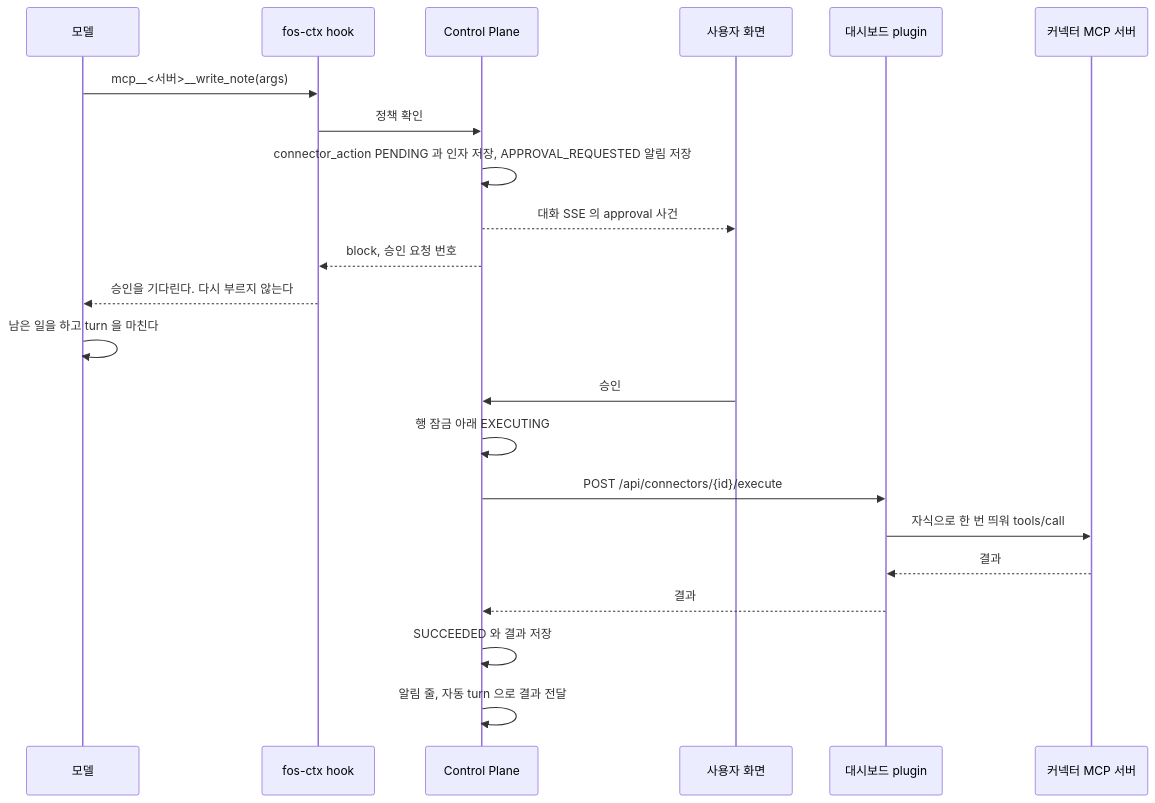
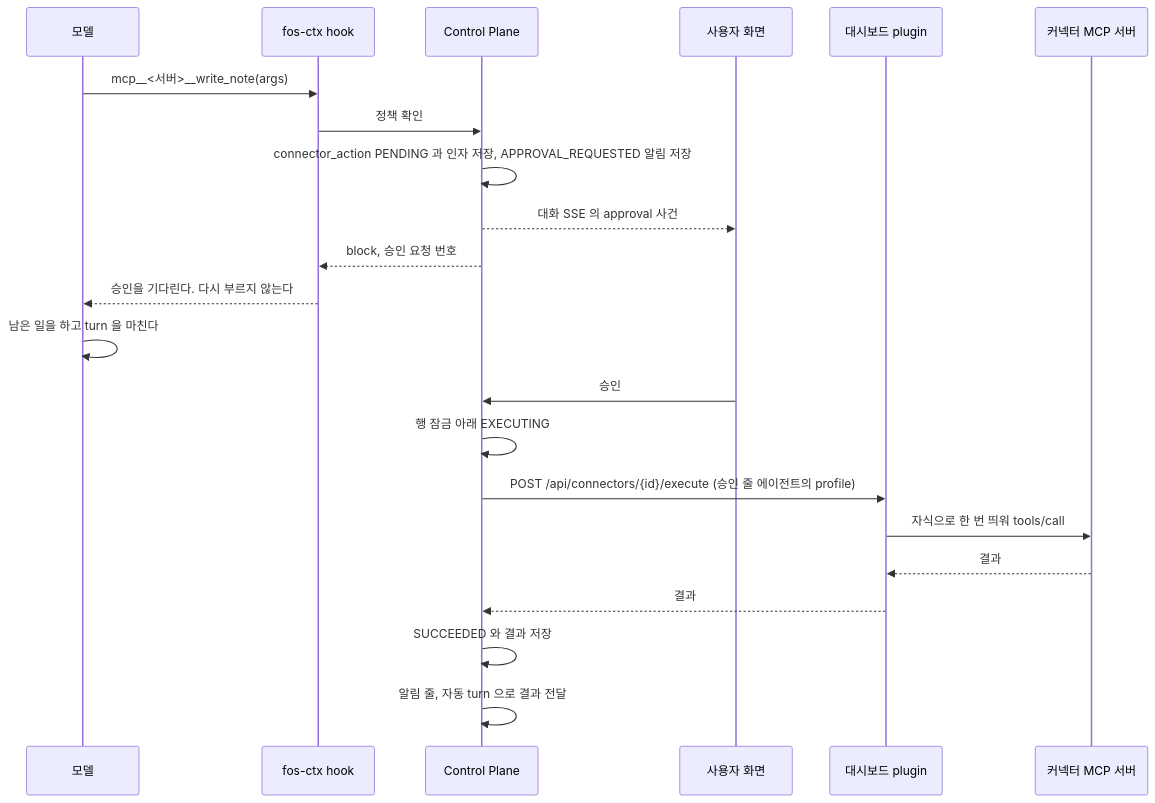
One commit to jon890/fos-assistant changed the second of 2 diagrams in docs/backend/connector-tool-policy.md. Above: the diagram before and after it, drawn with Mermaid. The commit also changed other lines of this file and 40 other files, not shown here.

````diff
--- a/docs/backend/connector-tool-policy.md
+++ b/docs/backend/connector-tool-policy.md
@@ -266,25 +273,25 @@
 ```mermaid
 sequenceDiagram
     participant M as 모델
     participant H as fos-ctx hook
     participant C as Control Plane
     participant U as 사용자 화면
     participant D as 대시보드 plugin
     participant S as 커넥터 MCP 서버
 
     M->>H: mcp__<서버>__write_note(args)
     H->>C: 정책 확인
     C->>C: connector_action PENDING 과 인자 저장, APPROVAL_REQUESTED 알림 저장
     C-->>U: 대화 SSE 의 approval 사건
     C-->>H: block, 승인 요청 번호
     H-->>M: 승인을 기다린다. 다시 부르지 않는다
     M->>M: 남은 일을 하고 turn 을 마친다
     U->>C: 승인
     C->>C: 행 잠금 아래 EXECUTING
-    C->>D: POST /api/connectors/{id}/execute
+    C->>D: POST /api/connectors/{id}/execute (승인 줄 에이전트의 profile)
     D->>S: 자식으로 한 번 띄워 tools/call
     S-->>D: 결과
     D-->>C: 결과
     C->>C: SUCCEEDED 와 결과 저장
     C->>C: 알림 줄, 자동 turn 으로 결과 전달
 ```
````
